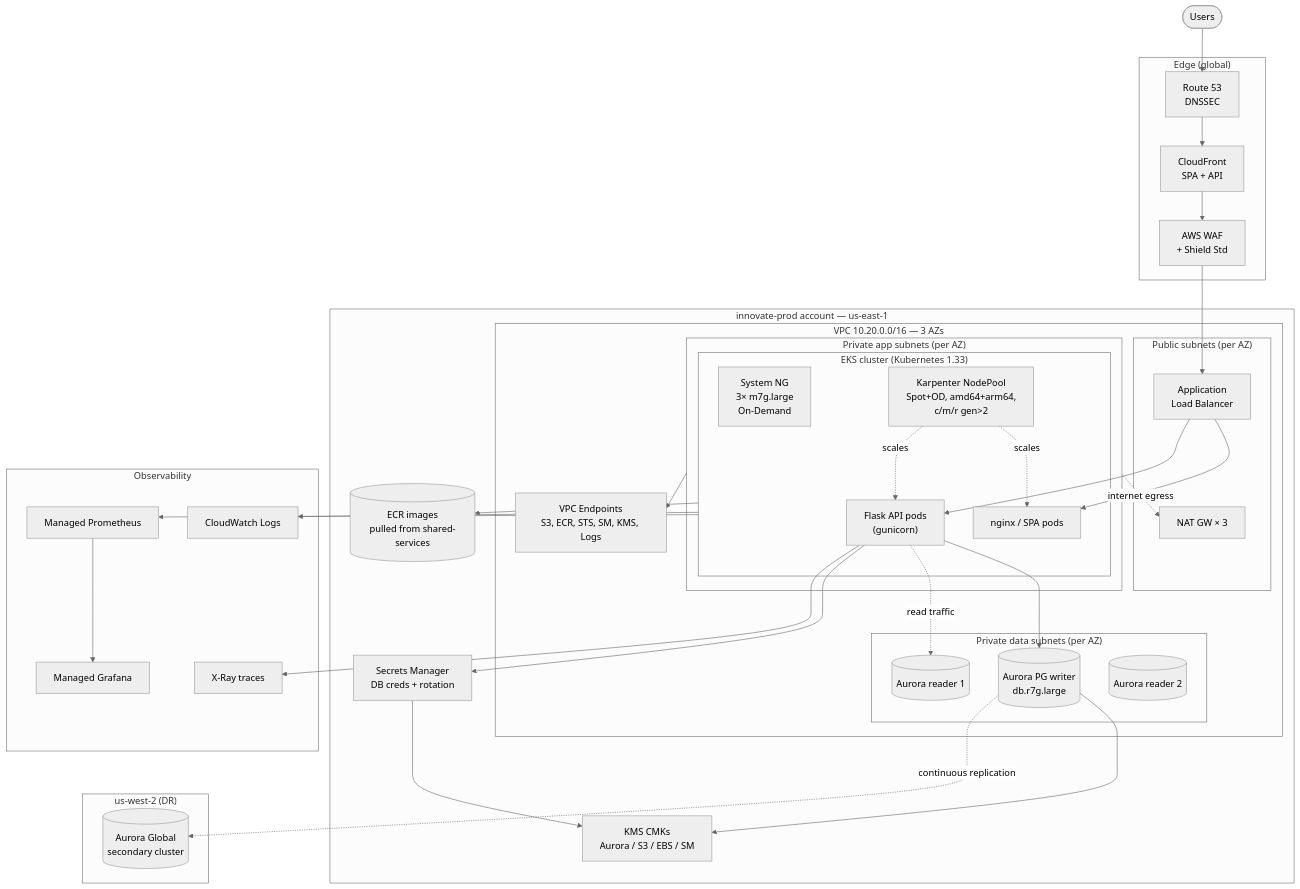
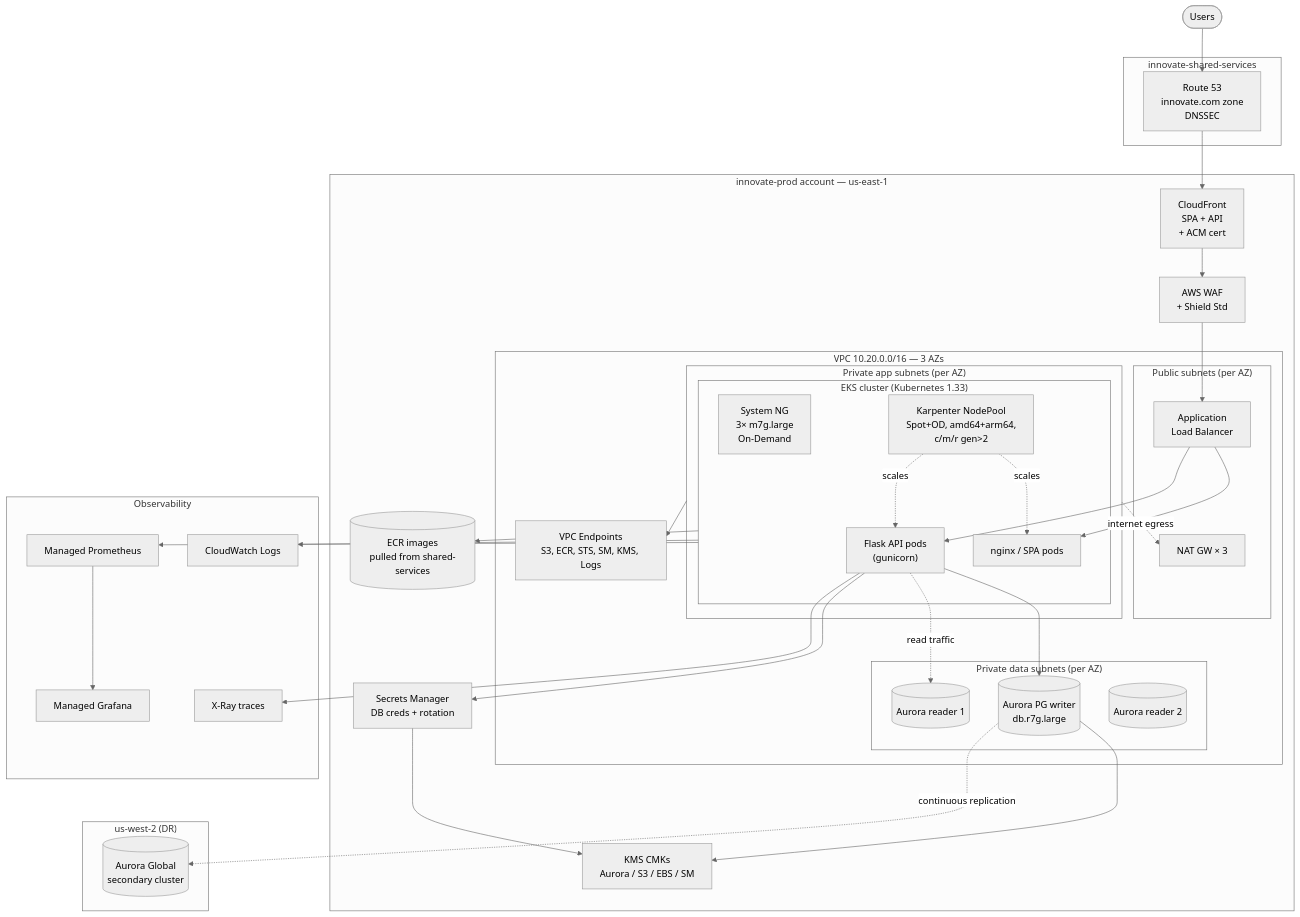
The second of 2 diagrams in architecture/README.md (davitmadoyan/opsfleet-task), drawn with Mermaid (neutral theme) before and after one commit. The commit also changed other lines of this file, not shown here.

Commit message:
move ACM, Cloudfront from shared to workload accounts

````diff
--- a/architecture/README.md
+++ b/architecture/README.md
@@ -401,67 +403,67 @@
 ```mermaid
 flowchart TB
     USER([Users])
 
-    subgraph EDGE["Edge (global)"]
-        R53[Route 53<br/>DNSSEC]
-        CF[CloudFront<br/>SPA + API]
-        WAF[AWS WAF<br/>+ Shield Std]
+    subgraph SHARED["innovate-shared-services"]
+        R53[Route 53<br/>innovate.com zone<br/>DNSSEC]
     end
 
     subgraph PROD_ACCT["innovate-prod account — us-east-1"]
+        CF[CloudFront<br/>SPA + API<br/>+ ACM cert]
+        WAF[AWS WAF<br/>+ Shield Std]
         subgraph VPC["VPC 10.20.0.0/16 — 3 AZs"]
             subgraph PUB["Public subnets (per AZ)"]
                 ALB[Application<br/>Load Balancer]
                 NAT[NAT GW × 3]
             end
             subgraph APP["Private app subnets (per AZ)"]
                 subgraph EKS["EKS cluster (Kubernetes 1.33)"]
                     SYS["System NG<br/>3× m7g.large<br/>On-Demand"]
                     KARP["Karpenter NodePool<br/>Spot+OD, amd64+arm64,<br/>c/m/r gen>2"]
                     SPA["nginx / SPA pods"]
                     API["Flask API pods<br/>(gunicorn)"]
                 end
             end
             subgraph DATA["Private data subnets (per AZ)"]
                 AURW[(Aurora PG writer<br/>db.r7g.large)]
                 AURR1[(Aurora reader 1)]
                 AURR2[(Aurora reader 2)]
             end
             VPCE[VPC Endpoints<br/>S3, ECR, STS, SM, KMS, Logs]
         end
 
         SM[Secrets Manager<br/>DB creds + rotation]
         KMS[KMS CMKs<br/>Aurora / S3 / EBS / SM]
         ECR_PULL[(ECR images<br/>pulled from shared-services)]
     end
 
     subgraph DR["us-west-2 (DR)"]
         AURG[(Aurora Global<br/>secondary cluster)]
     end
 
     subgraph OBS["Observability"]
         AMP[Managed Prometheus]
         AMG[Managed Grafana]
         XRAY[X-Ray traces]
         CWL[CloudWatch Logs]
     end
 
     USER --> R53 --> CF --> WAF --> ALB
     ALB --> SPA
     ALB --> API
     API --> AURW
     API -. read traffic .-> AURR1
     API --> SM
     SM --> KMS
     AURW --> KMS
     AURW -. continuous replication .-> AURG
     KARP -.scales.-> SPA
     KARP -.scales.-> API
     APP --> VPCE
     APP -. internet egress .-> NAT
     EKS --> ECR_PULL
     EKS --> CWL
     EKS --> AMP
     AMP --> AMG
     API --> XRAY
 ```
````
